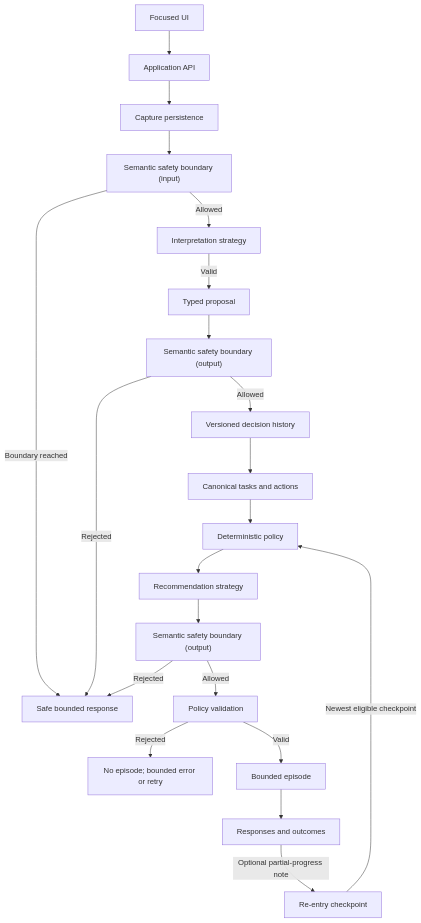
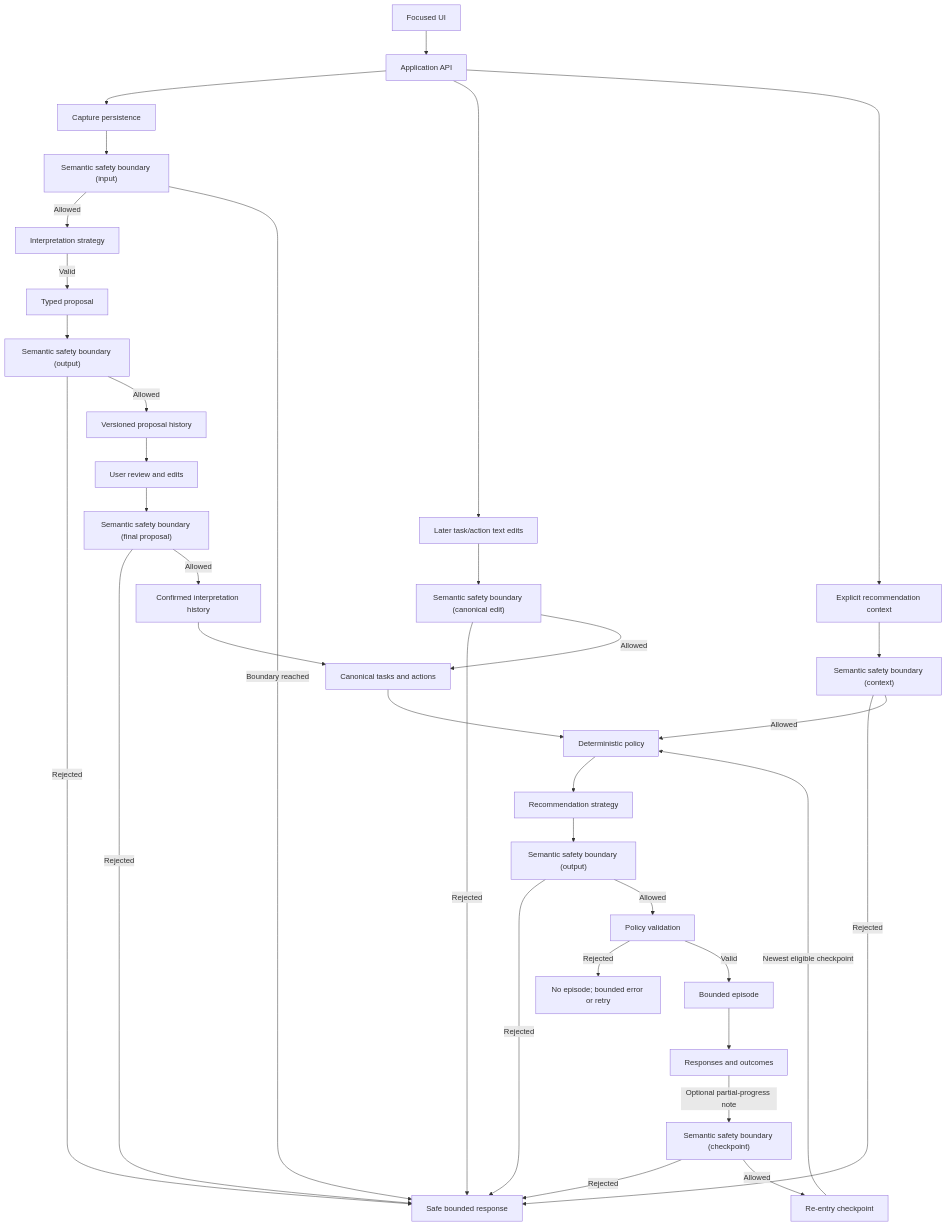
The diagram in docs/architecture.md (rootkow/weavance), drawn with Mermaid before and after one commit. The commit also changed other lines of this file and 4 other files, not shown here.

Commit message:
Close semantic safety input gaps

````diff
--- a/docs/architecture.md
+++ b/docs/architecture.md
@@ -37,23 +37,37 @@
 ```mermaid
 flowchart TD
     UI["Focused UI"] --> API["Application API"]
     API --> STORE["Capture persistence"]
     STORE --> SAFETY_IN["Semantic safety boundary (input)"]
     SAFETY_IN -->|"Allowed"| INTERPRET["Interpretation strategy"]
     SAFETY_IN -->|"Boundary reached"| SAFE["Safe bounded response"]
     INTERPRET -->|"Valid"| PROPOSAL["Typed proposal"]
     PROPOSAL --> SAFETY_OUT["Semantic safety boundary (output)"]
     SAFETY_OUT -->|"Rejected"| SAFE
-    SAFETY_OUT -->|"Allowed"| HISTORY["Versioned decision history"]
-    HISTORY --> STATE["Canonical tasks and actions"]
+    SAFETY_OUT -->|"Allowed"| HISTORY["Versioned proposal history"]
+    HISTORY --> REVIEW["User review and edits"]
+    REVIEW --> SAFETY_CONFIRM["Semantic safety boundary (final proposal)"]
+    SAFETY_CONFIRM -->|"Rejected"| SAFE
+    SAFETY_CONFIRM -->|"Allowed"| CONFIRMED["Confirmed interpretation history"]
+    CONFIRMED --> STATE["Canonical tasks and actions"]
+    API --> CANONICAL_EDIT["Later task/action text edits"]
+    CANONICAL_EDIT --> SAFETY_EDIT["Semantic safety boundary (canonical edit)"]
+    SAFETY_EDIT -->|"Rejected"| SAFE
+    SAFETY_EDIT -->|"Allowed"| STATE
     STATE --> POLICY["Deterministic policy"]
+    API --> CONTEXT["Explicit recommendation context"]
+    CONTEXT --> SAFETY_CONTEXT["Semantic safety boundary (context)"]
+    SAFETY_CONTEXT -->|"Rejected"| SAFE
+    SAFETY_CONTEXT -->|"Allowed"| POLICY
     POLICY --> RECOMMEND["Recommendation strategy"]
     RECOMMEND --> SAFETY_REC["Semantic safety boundary (output)"]
     SAFETY_REC -->|"Rejected"| SAFE
     SAFETY_REC -->|"Allowed"| VALIDATE["Policy validation"]
     VALIDATE -->|"Rejected"| NO_EPISODE["No episode; bounded error or retry"]
     VALIDATE -->|"Valid"| EPISODE["Bounded episode"]
     EPISODE --> EVENTS["Responses and outcomes"]
-    EVENTS -->|"Optional partial-progress note"| REENTRY["Re-entry checkpoint"]
+    EVENTS -->|"Optional partial-progress note"| SAFETY_REENTRY["Semantic safety boundary (checkpoint)"]
+    SAFETY_REENTRY -->|"Rejected"| SAFE
+    SAFETY_REENTRY -->|"Allowed"| REENTRY["Re-entry checkpoint"]
     REENTRY -->|"Newest eligible checkpoint"| POLICY
 ```
````
